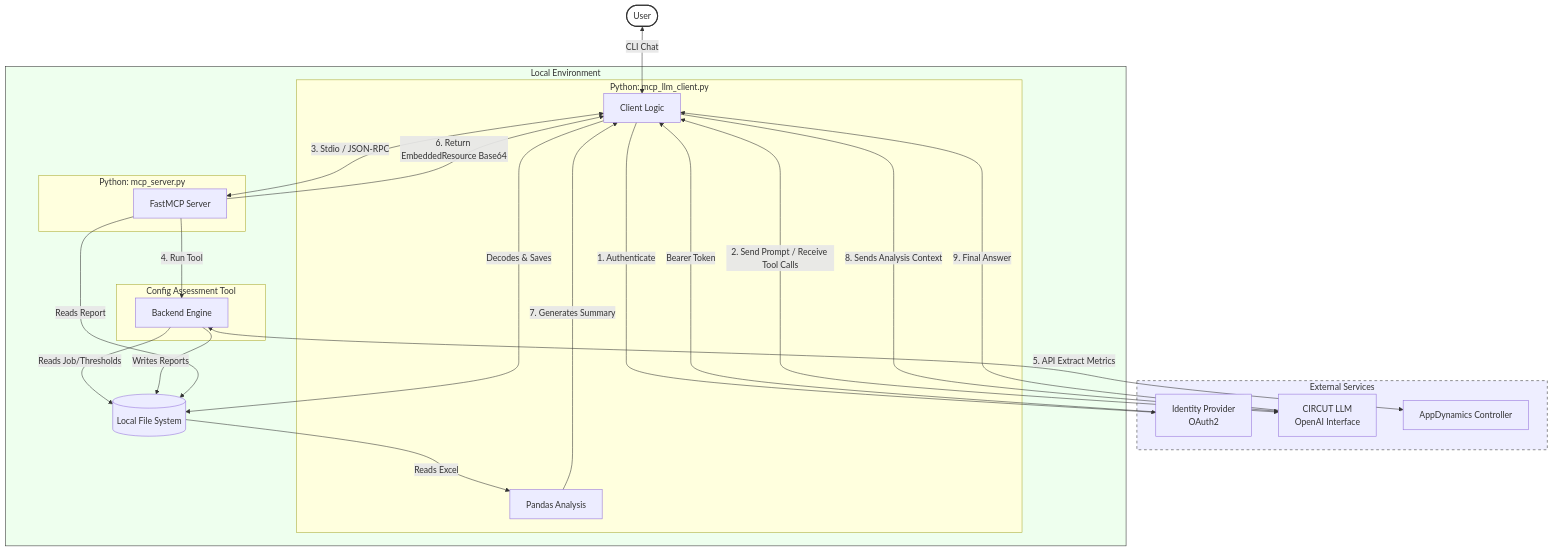
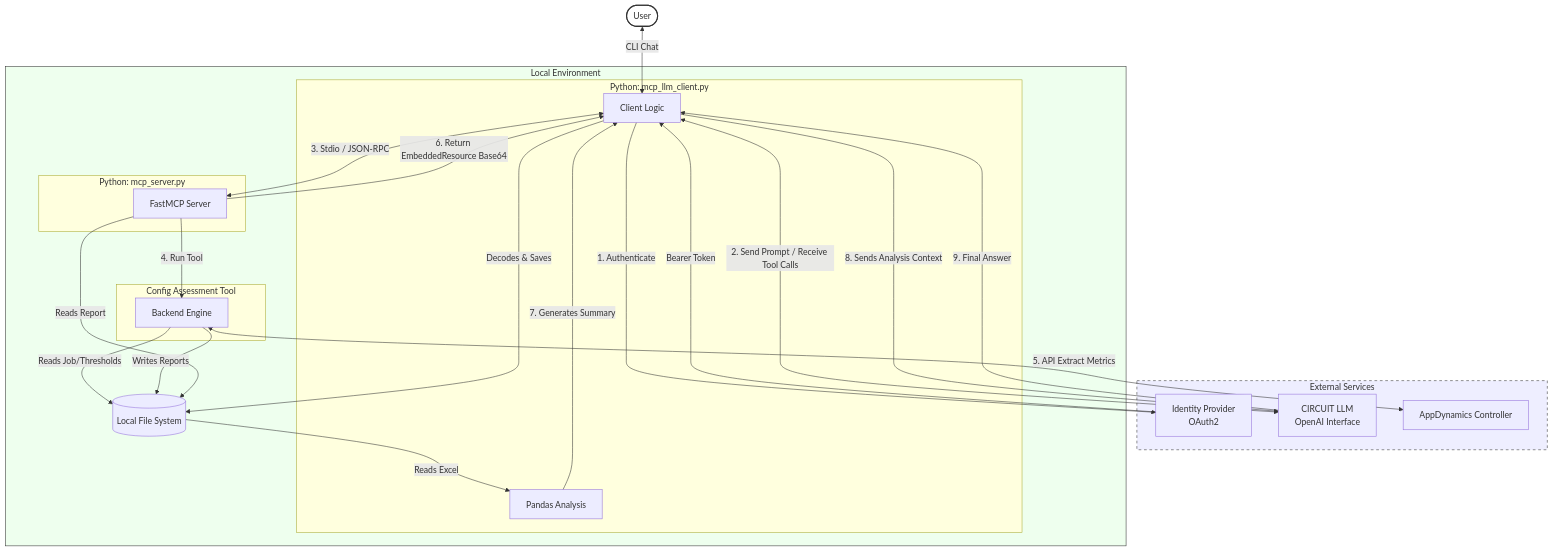
The diagram in architecture_diagram.md (alexafshar/config-assessment-tool), drawn with Mermaid before and after one commit. The commit also changed other lines of this file and 3 other files, not shown here.

````diff
--- a/architecture_diagram.md
+++ b/architecture_diagram.md
@@ -5,60 +5,60 @@
 ```mermaid
 graph TD
     %% Actors and External Systems
     User([User])
     style User fill:#fff,stroke:#333,stroke-width:2px
     
     subgraph External_Cloud [External Services]
         style External_Cloud fill:#eef,stroke:#333,stroke-dasharray: 5 5
         IdP[Identity Provider\nOAuth2]
-        CIRCUT[CIRCUT LLM\nOpenAI Interface]
+        CIRCUIT[CIRCUIT LLM\nOpenAI Interface]
         AppD[AppDynamics Controller]
     end
 
     subgraph Local_Machine [Local Environment]
         style Local_Machine fill:#efe,stroke:#333
         
         subgraph MCP_Client_Process [Python: mcp_llm_client.py]
             ClientLogic[Client Logic]
             Pandas[Pandas Analysis]
         end
         
         subgraph MCP_Server_Process [Python: mcp_server.py]
             FastMCP[FastMCP Server]
         end
         
         subgraph CAT_Tool [Config Assessment Tool]
             Engine[Backend Engine]
         end
         
         FileSystem[(Local File System)]
     end
 
     %% Auth Flow
     ClientLogic -- 1. Authenticate --> IdP
     IdP -- Bearer Token --> ClientLogic
 
     %% Chat Flow
     User <-->| CLI Chat | ClientLogic
-    ClientLogic <-->| 2. Send Prompt / Receive Tool Calls | CIRCUT
+    ClientLogic <-->| 2. Send Prompt / Receive Tool Calls | CIRCUIT
 
     %% MCP Execution Flow
     ClientLogic <-->| 3. Stdio / JSON-RPC | FastMCP
     FastMCP -->| 4. Run Tool | Engine
     
     %% Engine Execution
     Engine -- Reads Job/Thresholds --> FileSystem
     Engine <-->| 5. API Extract Metrics | AppD
     Engine -- Writes Reports --> FileSystem
     
     %% Result Handling
     FastMCP -- Reads Report --> FileSystem
     FastMCP -- 6. Return EmbeddedResource Base64 --> ClientLogic
     
     %% Post Processing
     ClientLogic -- Decodes & Saves --> FileSystem
     FileSystem -- Reads Excel --> Pandas
     Pandas -- 7. Generates Summary --> ClientLogic
-    ClientLogic -- 8. Sends Analysis Context --> CIRCUT
-    CIRCUT -- 9. Final Answer --> ClientLogic
+    ClientLogic -- 8. Sends Analysis Context --> CIRCUIT
+    CIRCUIT -- 9. Final Answer --> ClientLogic
 ```
````
